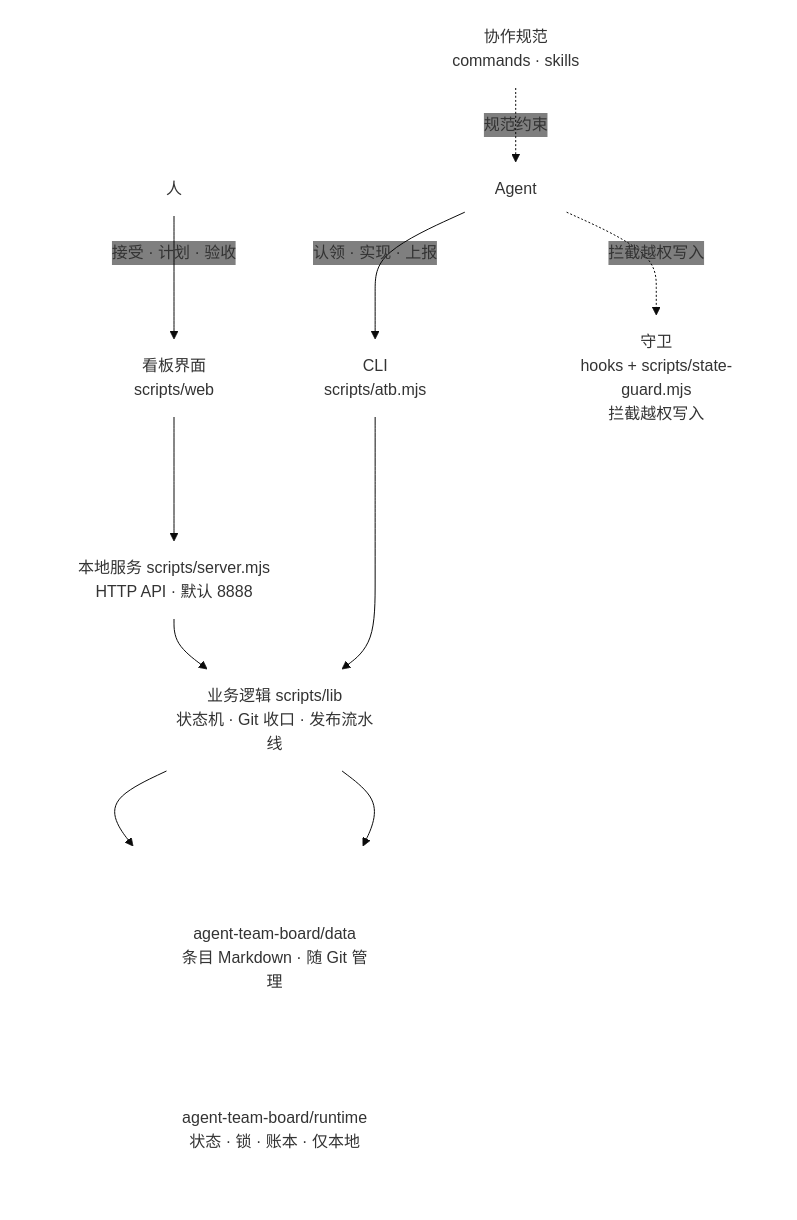
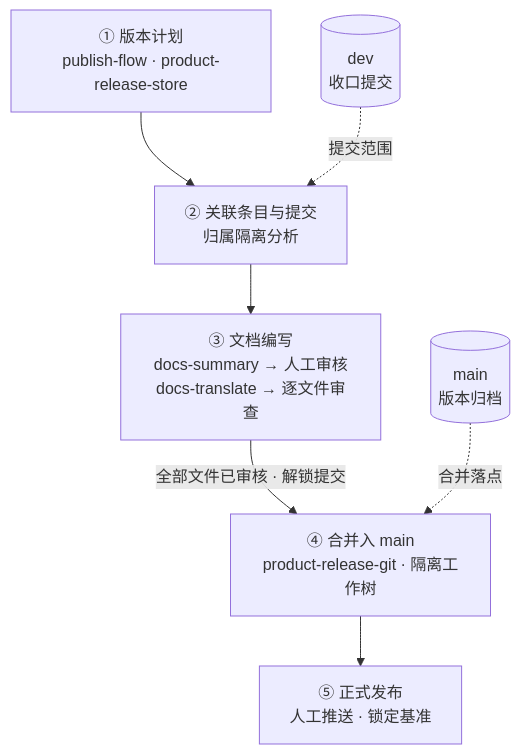
Before and after one commit to adichou/agent-team-board: the third of 4 diagrams in DESIGN.md, drawn with Mermaid. The commit also changed other lines of this file and 9 other files, not shown here.

````diff
--- a/DESIGN.md
+++ b/DESIGN.md
@@ -158,35 +135,10 @@
 ```mermaid
-%%{init: {"theme": "base", "themeVariables": {"primaryColor": "transparent", "clusterBkg": "transparent", "edgeLabelBackground": "transparent"}}}%%
 flowchart TB
-    HUMAN["人"]
-    AGENT["Agent"]
-    CMD["协作规范<br/>commands · skills"]
+    A["① 版本计划<br/>publish-flow · product-release-store"] --> B["② 关联条目与提交<br/>归属隔离分析"]
+    B --> C["③ 文档编写<br/>docs-summary → 人工审核<br/>docs-translate → 逐文件审查"]
+    C -->|"全部文件已审核 · 解锁提交"| D["④ 合并入 main<br/>product-release-git · 隔离工作树"]
+    D --> E["⑤ 正式发布<br/>人工推送 · 锁定基准"]
 
-    subgraph ENTRY["入口层"]
-        WEB["看板界面<br/>scripts/web"]
-        CLI["CLI<br/>scripts/atb.mjs"]
-    end
-
-    subgraph CORE["服务与业务层"]
-        SRV["本地服务 scripts/server.mjs<br/>HTTP API · 默认 8888"]
-        LIB["业务逻辑 scripts/lib<br/>状态机 · Git 收口 · 发布流水线"]
-    end
-
-    subgraph STORE["存储层"]
-        direction LR
-        DATA[("agent-team-board/data<br/>条目 Markdown · 随 Git 管理")]
-        RT[("agent-team-board/runtime<br/>状态 · 锁 · 账本 · 仅本地")]
-    end
-
-    GUARD["守卫<br/>hooks + scripts/state-guard.mjs<br/>拦截越权写入"]
-
-    HUMAN -->|"接受 · 计划 · 验收"| WEB
-    AGENT -->|"认领 · 实现 · 上报"| CLI
-    CMD -.->|规范约束| AGENT
-    WEB --> SRV
-    CLI --> LIB
-    SRV --> LIB
-    LIB --> DATA
-    LIB --> RT
-    AGENT -.->|拦截越权写入| GUARD
+    DEV[("dev<br/>收口提交")] -.->|"提交范围"| B
+    MAIN[("main<br/>版本归档")] -.->|"合并落点"| D
 ```
````
